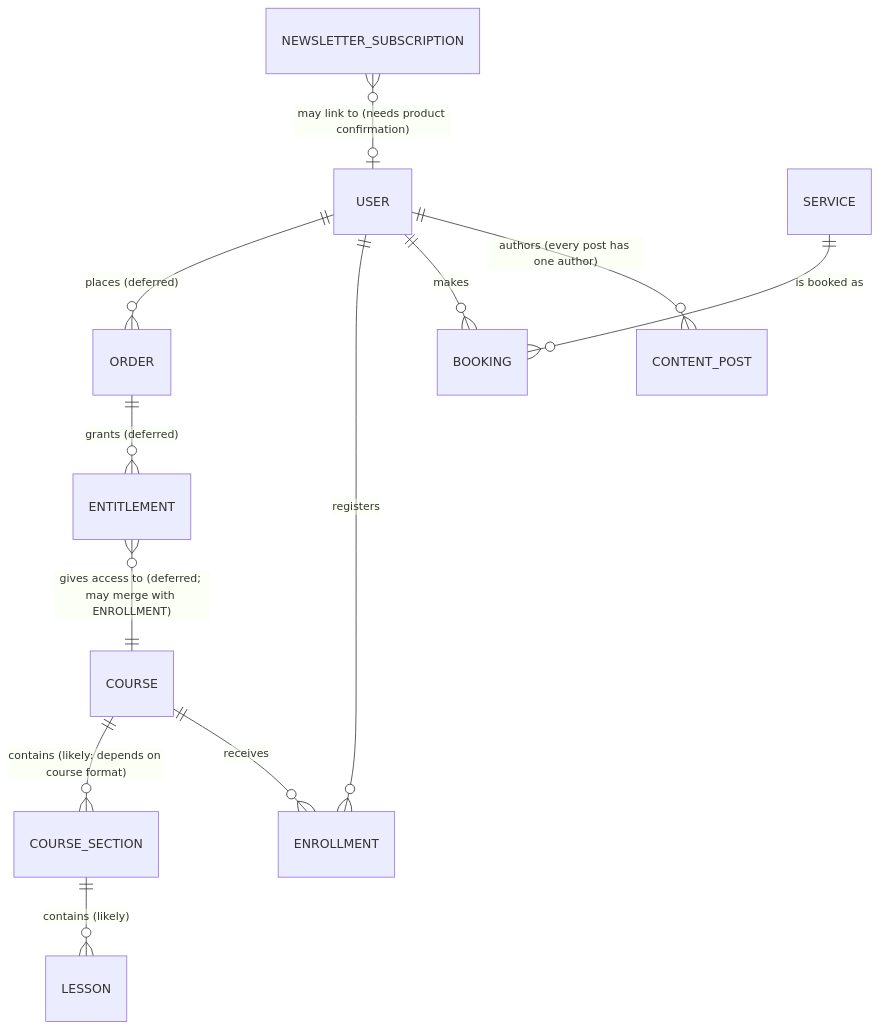
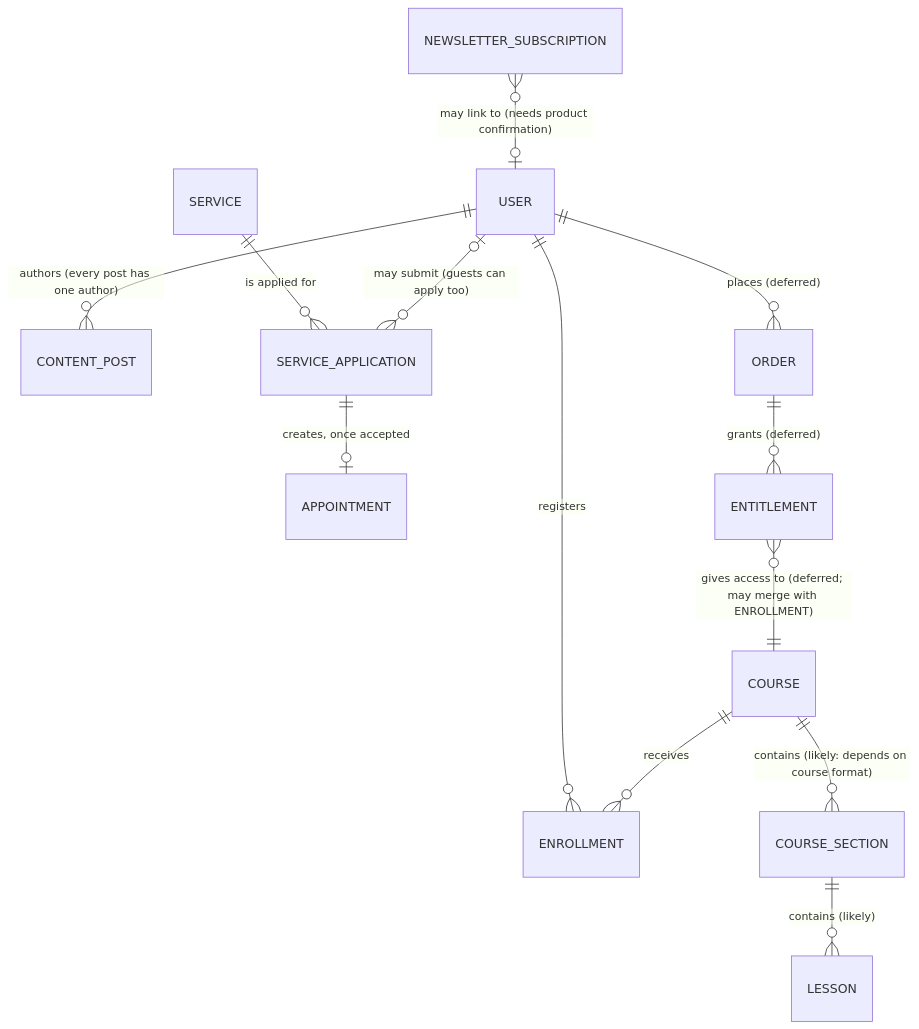
The diagram in docs/data-model.md (kienquocnguyen/xuan-api), drawn with Mermaid before and after one commit. The commit also changed other lines of this file and 5 other files, not shown here.

````diff
--- a/docs/data-model.md
+++ b/docs/data-model.md
@@ -32,14 +32,15 @@
 ```mermaid
 erDiagram
     USER ||--o{ CONTENT_POST : "authors (every post has one author)"
-    USER ||--o{ BOOKING : "makes"
-    SERVICE ||--o{ BOOKING : "is booked as"
+    SERVICE ||--o{ SERVICE_APPLICATION : "is applied for"
+    USER |o--o{ SERVICE_APPLICATION : "may submit (guests can apply too)"
+    SERVICE_APPLICATION ||--o| APPOINTMENT : "creates, once accepted"
     USER ||--o{ ENROLLMENT : "registers"
     COURSE ||--o{ ENROLLMENT : "receives"
     COURSE ||--o{ COURSE_SECTION : "contains (likely: depends on course format)"
     COURSE_SECTION ||--o{ LESSON : "contains (likely)"
     USER ||--o{ ORDER : "places (deferred)"
     ORDER ||--o{ ENTITLEMENT : "grants (deferred)"
     ENTITLEMENT }o--|| COURSE : "gives access to (deferred; may merge with ENROLLMENT)"
     NEWSLETTER_SUBSCRIPTION }o--o| USER : "may link to (needs product confirmation)"
 ```
````
